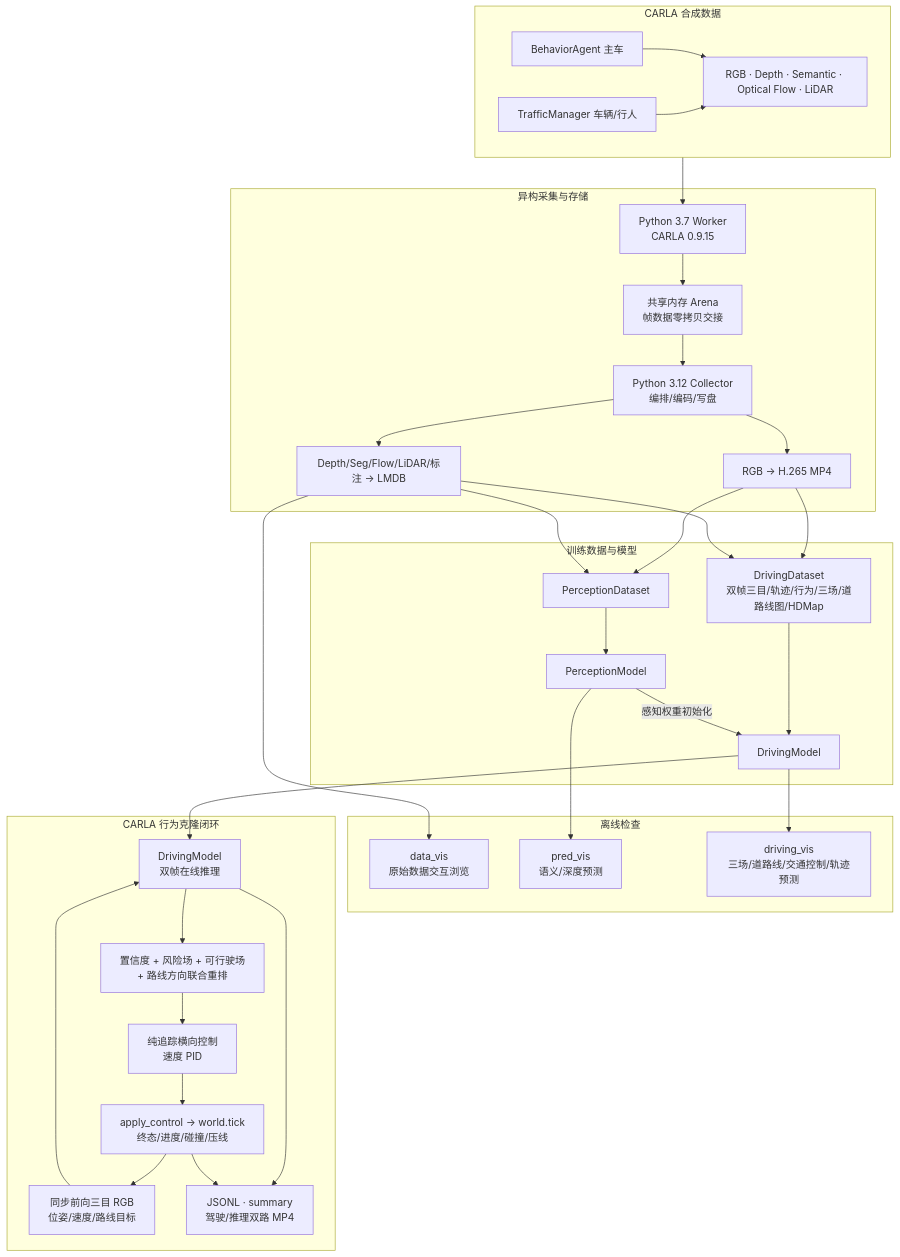
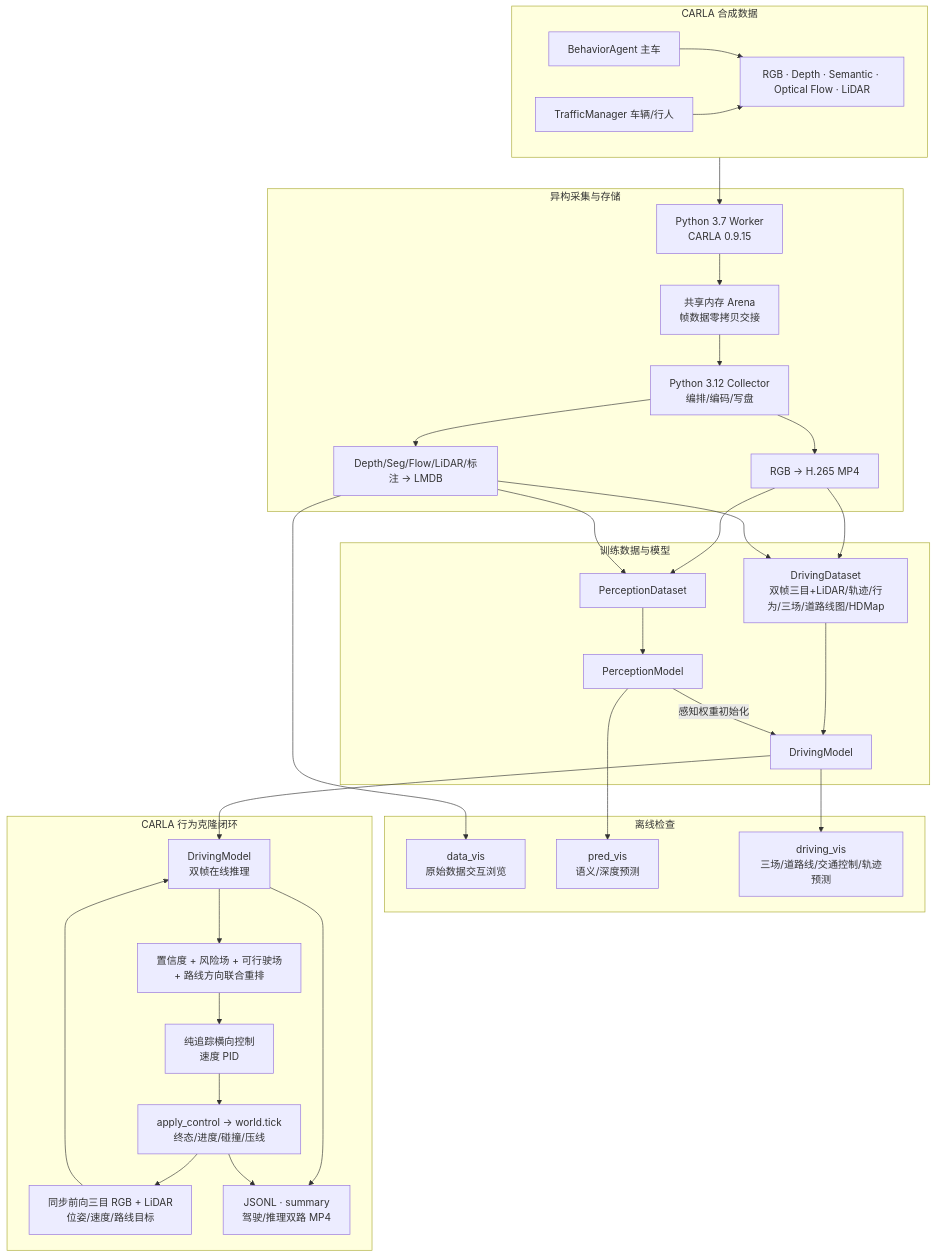
One commit to ByteDriveTeam/ByteDrive-Toy changed the second of 9 diagrams in README.md. Above: the diagram before and after it, drawn with Mermaid. The commit also changed other lines of this file and 33 other files, not shown here.

````diff
--- a/README.md
+++ b/README.md
@@ -139,59 +139,59 @@
 ```mermaid
 flowchart TB
     subgraph SIM["CARLA 合成数据"]
         C1["BehaviorAgent 主车"]
         C2["TrafficManager 车辆/行人"]
         C3["RGB · Depth · Semantic · Optical Flow · LiDAR"]
         C1 --> C3
         C2 --> C3
     end
 
     subgraph STORE["异构采集与存储"]
         W["Python 3.7 Worker<br/>CARLA 0.9.15"]
         SHM["共享内存 Arena<br/>帧数据零拷贝交接"]
         COL["Python 3.12 Collector<br/>编排/编码/写盘"]
         MP4["RGB → H.265 MP4"]
         DB["Depth/Seg/Flow/LiDAR/标注 → LMDB"]
         W --> SHM --> COL
         COL --> MP4
         COL --> DB
     end
 
     subgraph LEARN["训练数据与模型"]
         DS1["PerceptionDataset"]
-        DS2["DrivingDataset<br/>双帧三目/轨迹/行为/三场/道路线图/HDMap"]
+        DS2["DrivingDataset<br/>双帧三目+LiDAR/轨迹/行为/三场/道路线图/HDMap"]
         P["PerceptionModel"]
         D["DrivingModel"]
         DS1 --> P
         DS2 --> D
         P -->|"感知权重初始化"| D
     end
 
     subgraph VIS["离线检查"]
         V1["data_vis<br/>原始数据交互浏览"]
         V2["pred_vis<br/>语义/深度预测"]
         V3["driving_vis<br/>三场/道路线/交通控制/轨迹预测"]
     end
 
     subgraph CLOSED["CARLA 行为克隆闭环"]
-        OBS["同步前向三目 RGB<br/>位姿/速度/路线目标"]
+        OBS["同步前向三目 RGB + LiDAR<br/>位姿/速度/路线目标"]
         INF["DrivingModel<br/>双帧在线推理"]
         SELECT["置信度 + 风险场 + 可行驶场<br/>+ 路线方向联合重排"]
         CTRL["纯追踪横向控制<br/>速度 PID"]
         STEP["apply_control → world.tick<br/>终态/进度/碰撞/压线"]
         LOG["JSONL · summary<br/>驾驶/推理双路 MP4"]
         OBS --> INF --> SELECT --> CTRL --> STEP --> OBS
         INF --> LOG
         STEP --> LOG
     end
 
     SIM --> W
     MP4 --> DS1
     DB --> DS1
     MP4 --> DS2
     DB --> DS2
     DB --> V1
     P --> V2
     D --> V3
     D --> INF
 ```
````
